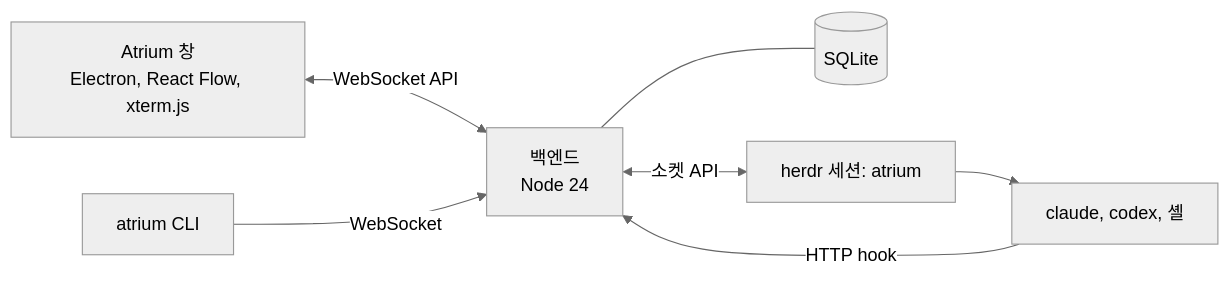
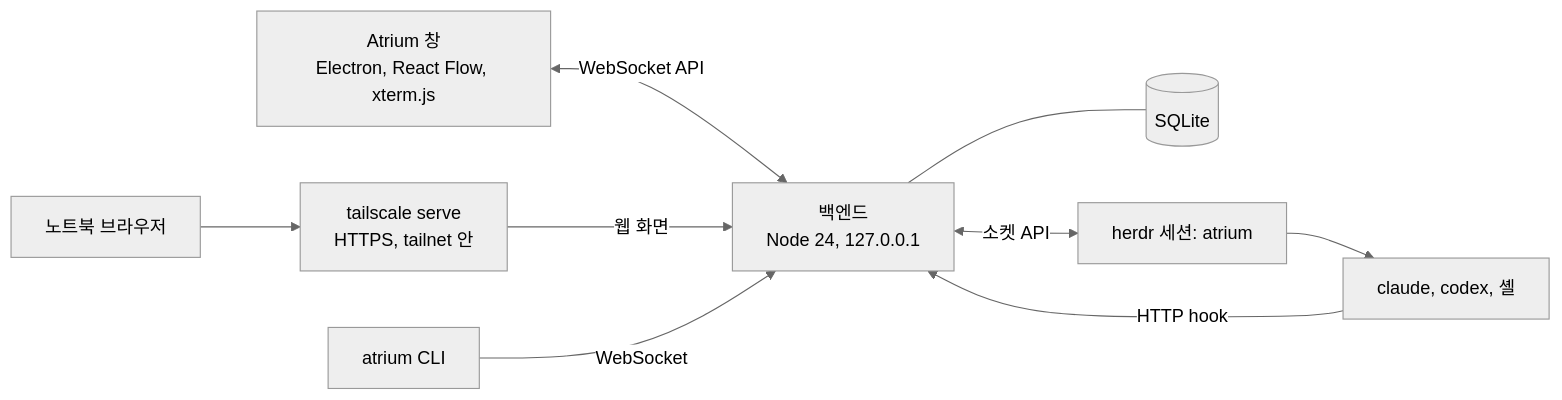
One commit to Gudals0320/atrium changed the diagram in README.ko.md. Above: the diagram before and after it, drawn with Mermaid (neutral theme). The commit also changed other lines of this file and 11 other files, not shown here.

Commit message:
P64: README rewrite (EN and KO, same layout: feature groups with pictures, short remote steps with details, CLI table, diagram with browser and tailscale serve, third-party license note) and new screenshots from a demo dev board (readme-shots.mjs seed/layout/shoot/publish/clean)

````diff
--- a/README.ko.md
+++ b/README.ko.md
@@ -143,15 +198,18 @@
 ```mermaid
 flowchart LR
   UI["Atrium 창<br/>Electron, React Flow, xterm.js"]
+  WEB["노트북 브라우저"]
+  TS["tailscale serve<br/>HTTPS, tailnet 안"]
   CLI["atrium CLI"]
-  B["백엔드<br/>Node 24"]
+  B["백엔드<br/>Node 24, 127.0.0.1"]
   DB[("SQLite")]
   H["herdr 세션: atrium"]
   A["claude, codex, 셸"]
   UI <-->|WebSocket API| B
+  WEB --> TS -->|웹 화면| B
   CLI -->|WebSocket| B
   B <-->|소켓 API| H
   H --> A
   A -->|HTTP hook| B
   B --- DB
 ```
````
